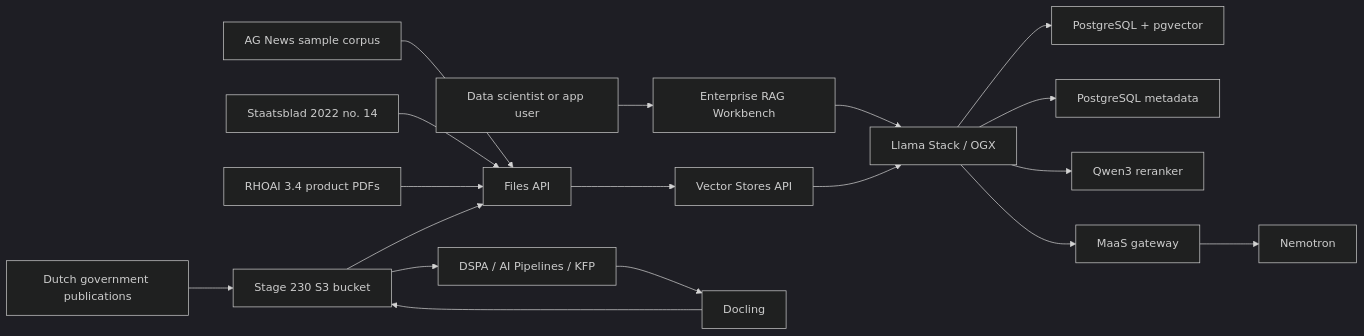
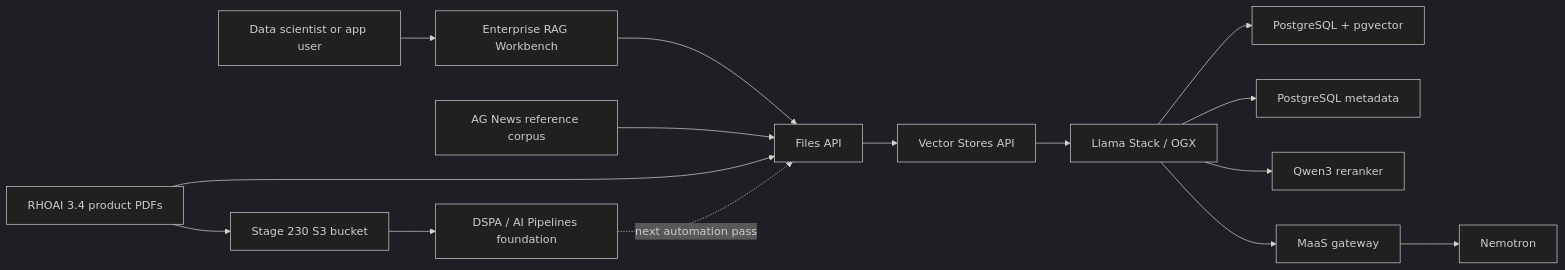
The diagram in stage-230-private-data-rag/README.md (adnan-drina/rhoai3-demo), drawn with Mermaid (dark theme) before and after one commit. The commit also changed other lines of this file and 27 other files, not shown here.

Commit message:
refactor(stage-230): remove dutch publication rag path

````diff
--- a/stage-230-private-data-rag/README.md
+++ b/stage-230-private-data-rag/README.md
@@ -100,38 +56,32 @@
 ```mermaid
 flowchart LR
   user["Data scientist or app user"]
-  corpus["AG News sample corpus"]
-  dutch["Staatsblad 2022 no. 14"]
+  agnews["AG News reference corpus"]
   rhoai_docs["RHOAI 3.4 product PDFs"]
+  workbench["Enterprise RAG Workbench"]
   files["Files API"]
   vectors["Vector Stores API"]
   stack["Llama Stack / OGX"]
   pgvector["PostgreSQL + pgvector"]
   pg["PostgreSQL metadata"]
   reranker["Qwen3 reranker"]
-  workbench["Enterprise RAG Workbench"]
   maas["MaaS gateway"]
   nemotron["Nemotron"]
-  nl_docs["Dutch government publications"]
-  docling["Docling"]
-  kfp["DSPA / AI Pipelines / KFP"]
   s3["Stage 230 S3 bucket"]
+  dspa["DSPA / AI Pipelines foundation"]
 
   user --> workbench
-  workbench --> stack
-  corpus --> files
-  dutch --> files
+  workbench --> files
+  agnews --> files
+  rhoai_docs --> s3
   rhoai_docs --> files
+  s3 --> dspa
+  dspa -. "next automation pass" .-> files
   files --> vectors
   vectors --> stack
   stack --> pgvector
   stack --> pg
   stack --> reranker
   stack --> maas
   maas --> nemotron
-  nl_docs --> s3
-  s3 --> kfp
-  kfp --> docling
-  docling --> s3
-  s3 --> files
 ```
````
